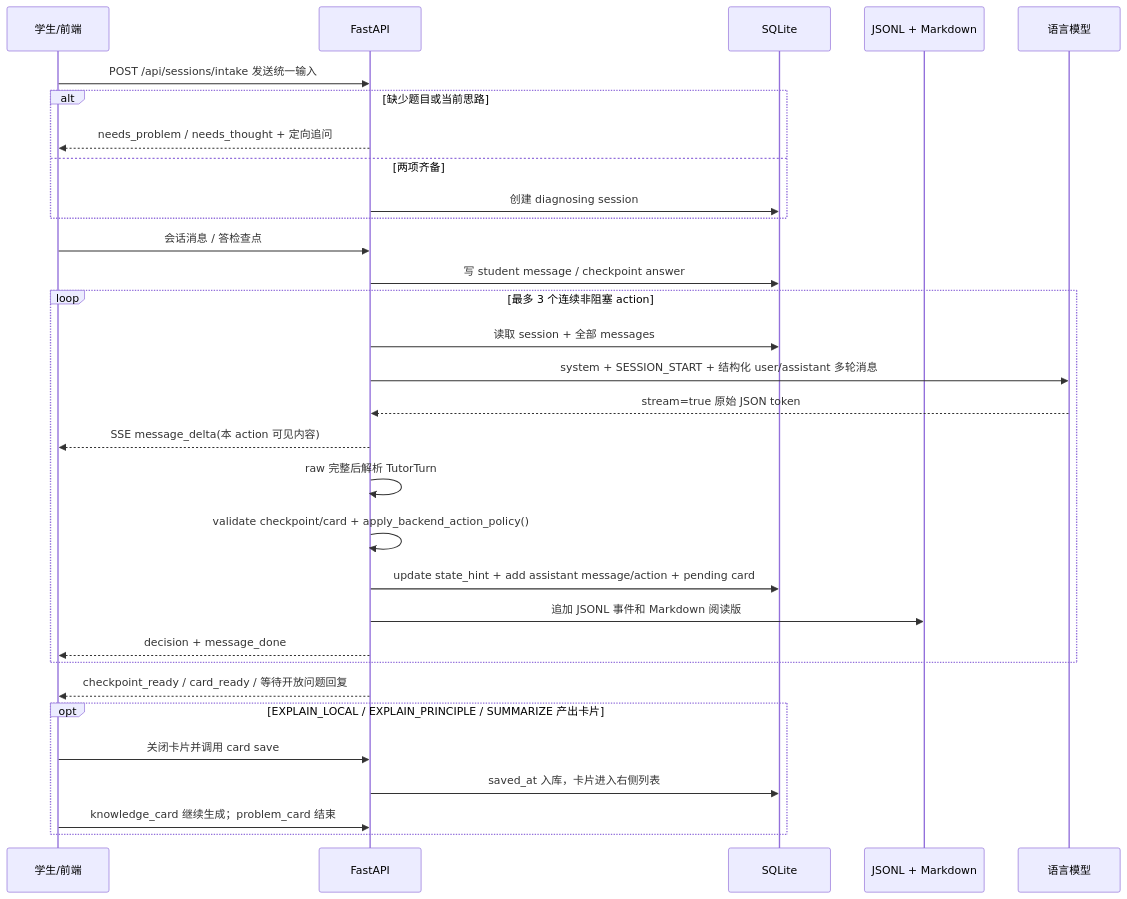
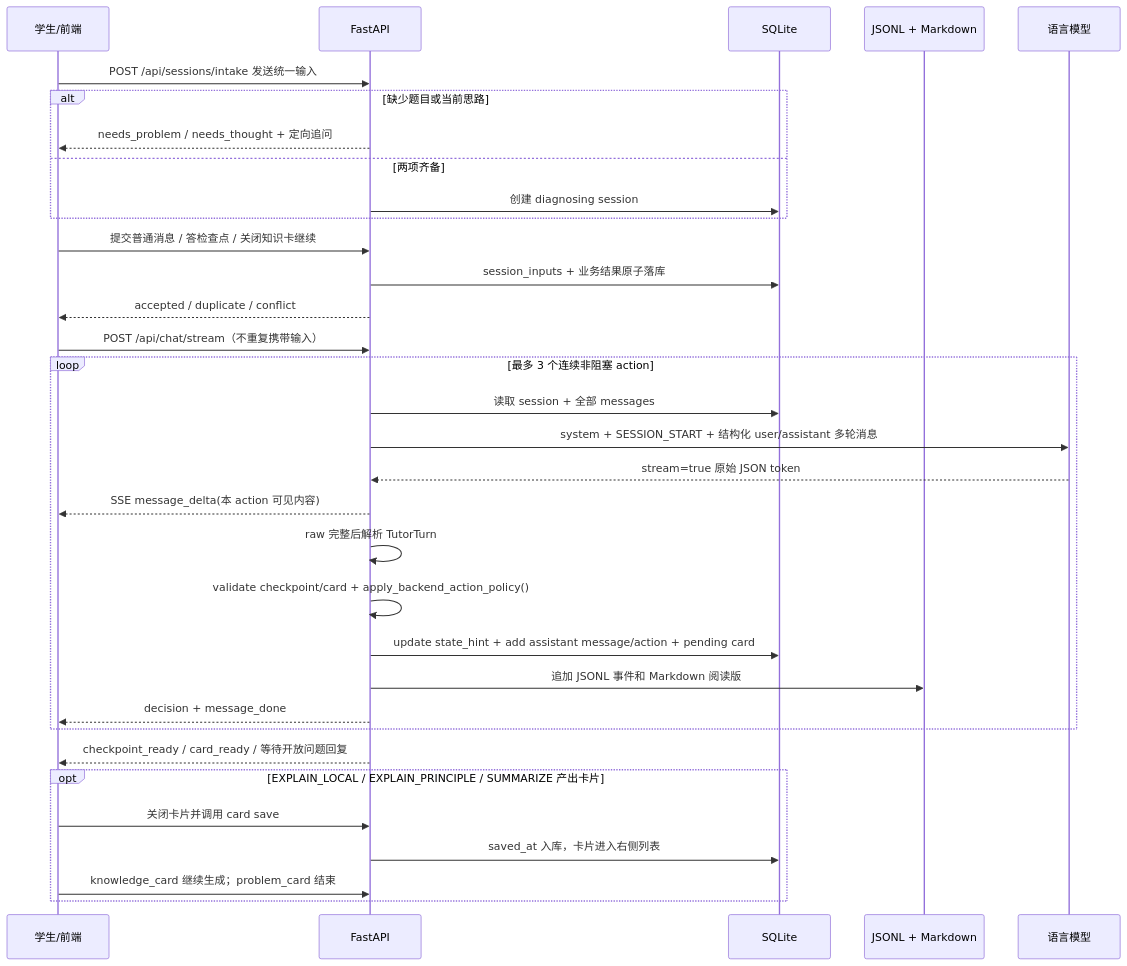
One commit to robbinpanda/Diagnostic-teaching changed the diagram in docs/state-machine.md. Above: the diagram before and after it, drawn with Mermaid. The commit also changed other lines of this file and 18 other files, not shown here.

Commit message:
feat: add durable idempotent session inputs

````diff
--- a/docs/state-machine.md
+++ b/docs/state-machine.md
@@ -20,34 +20,36 @@
 ```mermaid
 sequenceDiagram
   participant Student as 学生/前端
   participant API as FastAPI
   participant DB as SQLite
   participant Log as JSONL + Markdown
   participant LLM as 语言模型
 
   Student->>API: POST /api/sessions/intake 发送统一输入
   alt 缺少题目或当前思路
     API-->>Student: needs_problem / needs_thought + 定向追问
   else 两项齐备
     API->>DB: 创建 diagnosing session
   end
-  Student->>API: 会话消息 / 答检查点
-  API->>DB: 写 student message / checkpoint answer
+  Student->>API: 提交普通消息 / 答检查点 / 关闭知识卡继续
+  API->>DB: session_inputs + 业务结果原子落库
+  API-->>Student: accepted / duplicate / conflict
+  Student->>API: POST /api/chat/stream（不重复携带输入）
   loop 最多 3 个连续非阻塞 action
     API->>DB: 读取 session + 全部 messages
     API->>LLM: system + SESSION_START + 结构化 user/assistant 多轮消息
     LLM-->>API: stream=true 原始 JSON token
     API-->>Student: SSE message_delta(本 action 可见内容)
     API->>API: raw 完整后解析 TutorTurn
     API->>API: validate checkpoint/card + apply_backend_action_policy()
     API->>DB: update state_hint + add assistant message/action + pending card
     API->>Log: 追加 JSONL 事件和 Markdown 阅读版
     API-->>Student: decision + message_done
   end
   API-->>Student: checkpoint_ready / card_ready / 等待开放问题回复
   opt EXPLAIN_LOCAL / EXPLAIN_PRINCIPLE / SUMMARIZE 产出卡片
     Student->>API: 关闭卡片并调用 card save
     API->>DB: saved_at 入库，卡片进入右侧列表
     Student->>API: knowledge_card 继续生成；problem_card 结束
   end
 ```
````
